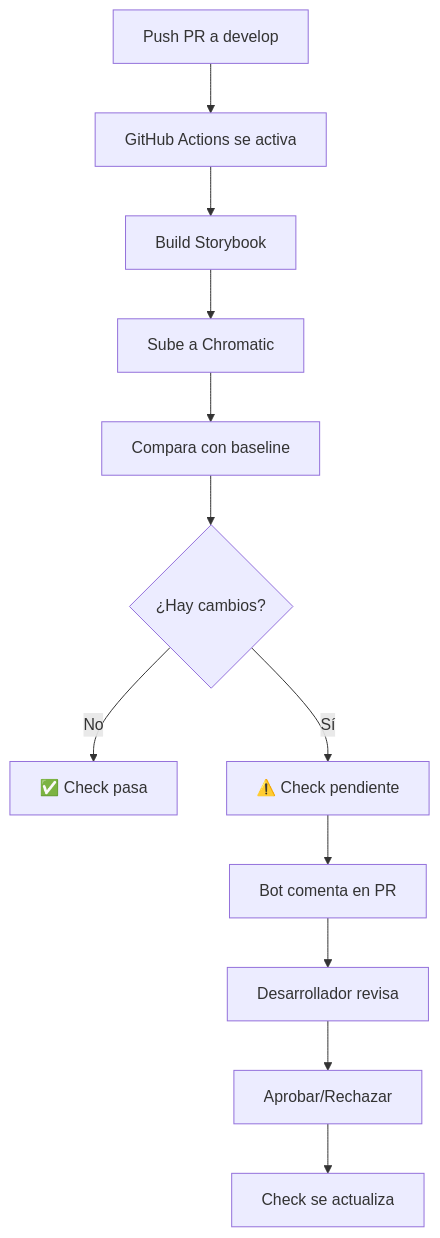
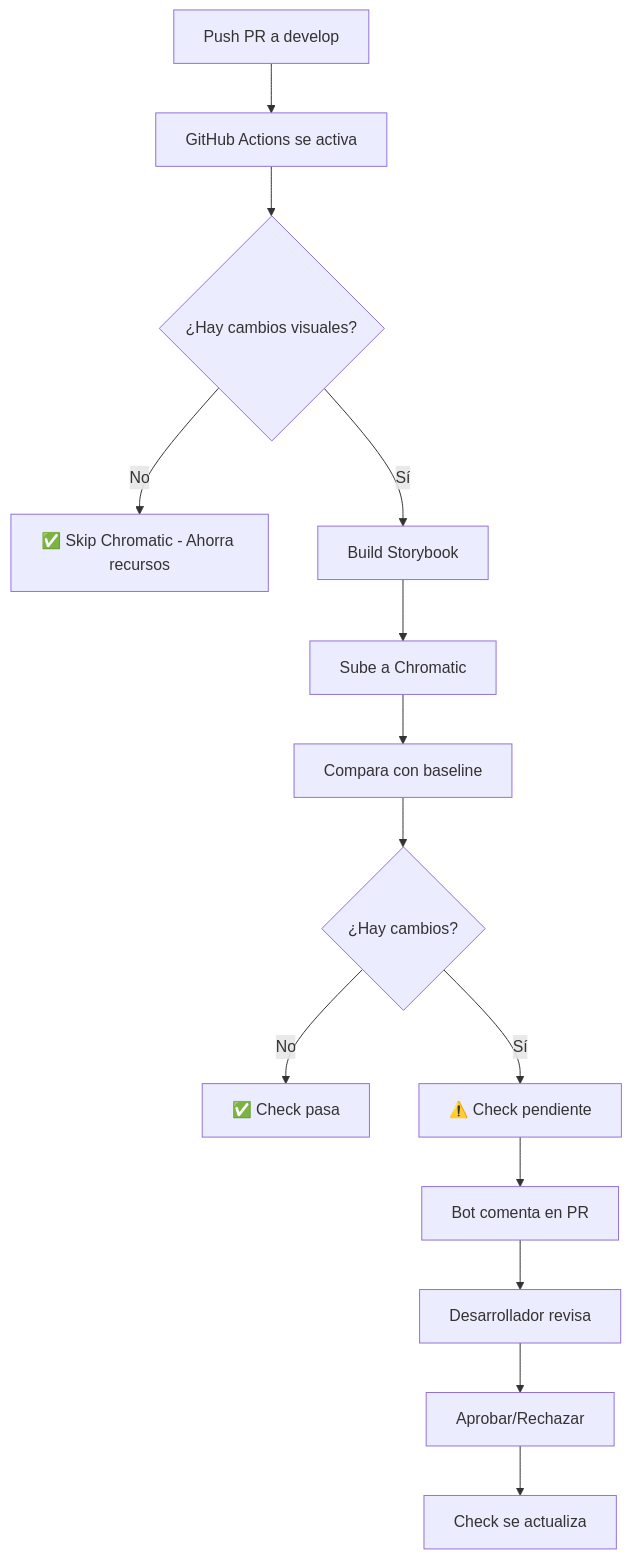
The diagram in docs/DEVELOPMENT_WORKFLOW.md (financieramentecu/financieramente-app), drawn with Mermaid before and after one commit. The commit also changed other lines of this file and 1 other file, not shown here.

````diff
--- a/docs/DEVELOPMENT_WORKFLOW.md
+++ b/docs/DEVELOPMENT_WORKFLOW.md
@@ -276,14 +276,16 @@
 ```mermaid
 graph TD
     A[Push PR a develop] --> B[GitHub Actions se activa]
-    B --> C[Build Storybook]
-    C --> D[Sube a Chromatic]
-    D --> E[Compara con baseline]
-    E --> F{¿Hay cambios?}
-    F -->|No| G[✅ Check pasa]
-    F -->|Sí| H[⚠️ Check pendiente]
-    H --> I[Bot comenta en PR]
-    I --> J[Desarrollador revisa]
-    J --> K[Aprobar/Rechazar]
-    K --> L[Check se actualiza]
+    B --> C{¿Hay cambios visuales?}
+    C -->|No| D[✅ Skip Chromatic - Ahorra recursos]
+    C -->|Sí| E[Build Storybook]
+    E --> F[Sube a Chromatic]
+    F --> G[Compara con baseline]
+    G --> H{¿Hay cambios?}
+    H -->|No| I[✅ Check pasa]
+    H -->|Sí| J[⚠️ Check pendiente]
+    J --> K[Bot comenta en PR]
+    K --> L[Desarrollador revisa]
+    L --> M[Aprobar/Rechazar]
+    M --> N[Check se actualiza]
 ```
````
